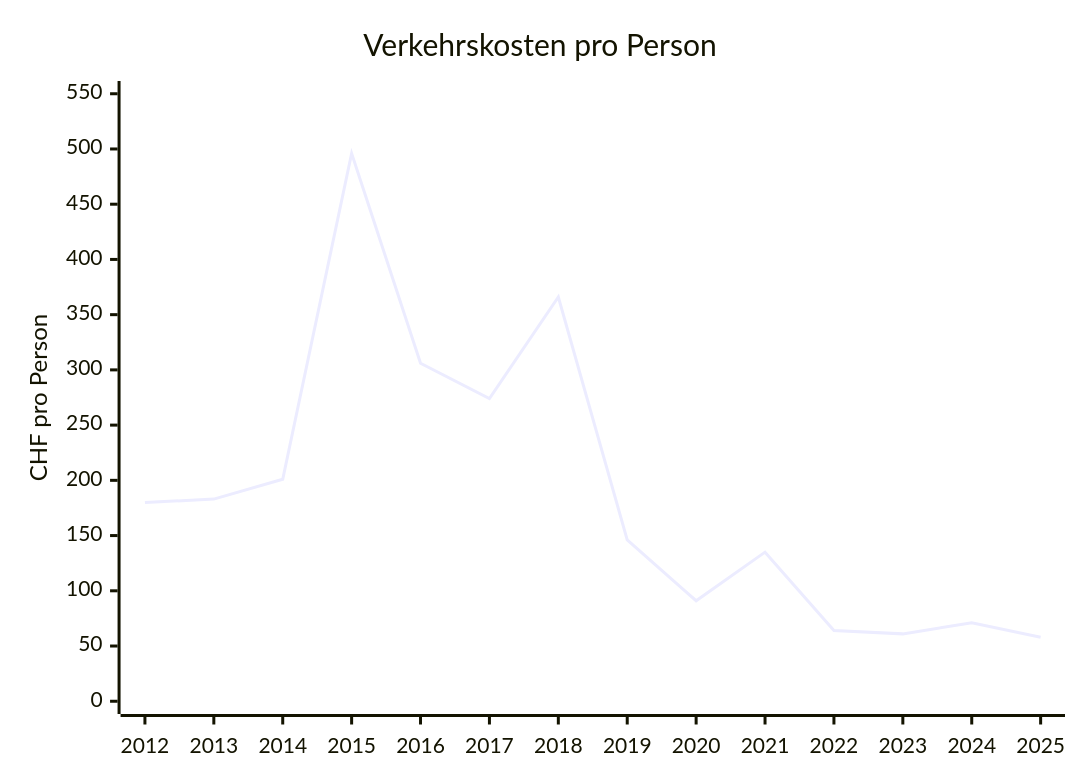
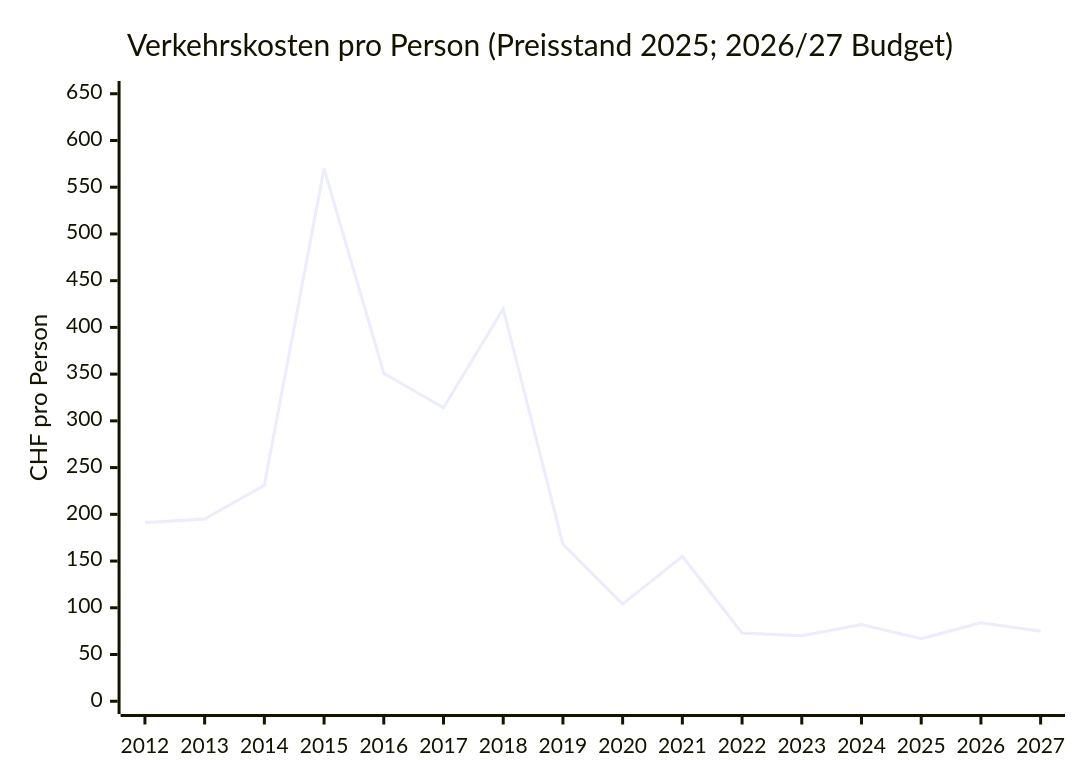
The eighth of 14 diagrams in docs/politik/finanzen-beringen.de.md (risajef/risajef.github.io), drawn with Mermaid before and after one commit. The commit also changed other lines of this file and 1 other file, not shown here.

````diff
--- a/docs/politik/finanzen-beringen.de.md
+++ b/docs/politik/finanzen-beringen.de.md
@@ -117,7 +142,7 @@
 ```mermaid
 xychart
-title "Verkehrskosten pro Person"
-x-axis [2012, 2013, 2014, 2015, 2016, 2017, 2018, 2019, 2020, 2021, 2022, 2023, 2024, 2025]
-y-axis "CHF pro Person" 0 --> 550
-line [180, 183, 201, 496, 306, 274, 366, 146, 91, 135, 64, 61, 71, 58]
+title "Verkehrskosten pro Person (Preisstand 2025; 2026/27 Budget)"
+x-axis [2012, 2013, 2014, 2015, 2016, 2017, 2018, 2019, 2020, 2021, 2022, 2023, 2024, 2025, 2026, 2027]
+y-axis "CHF pro Person" 0 --> 650
+line [191, 195, 231, 570, 351, 314, 420, 168, 104, 155, 73, 70, 82, 67, 84, 75]
 ```
````
